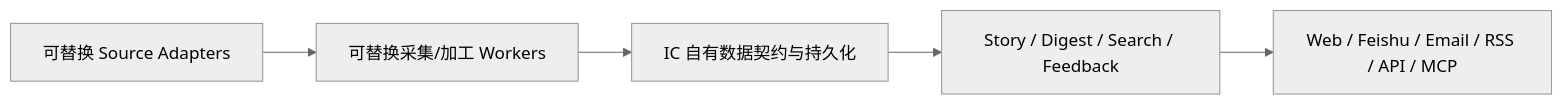
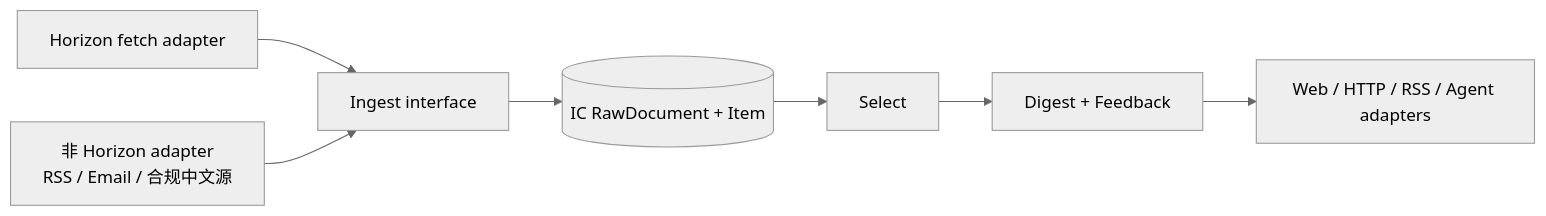
One commit to fxjzai/fxjzai-IC changed the diagram in docs/research/2026-08-19-platform-baseline.md. Above: the diagram before and after it, drawn with Mermaid (neutral theme). The commit also changed other lines of this file and 6 other files, not shown here.

````diff
--- a/docs/research/2026-08-19-platform-baseline.md
+++ b/docs/research/2026-08-19-platform-baseline.md
@@ -113,7 +114,9 @@
 ```mermaid
 flowchart LR
-    A["可替换 Source Adapters"] --> B["可替换采集/加工 Workers"]
-    B --> C["IC 自有数据契约与持久化"]
-    C --> D["Story / Digest / Search / Feedback"]
-    D --> E["Web / Feishu / Email / RSS / API / MCP"]
+    H["Horizon fetch adapter"] --> I["Ingest interface"]
+    N["非 Horizon adapter\nRSS / Email / 合规中文源"] --> I
+    I --> D[("IC RawDocument + Item")]
+    D --> S["Select"]
+    S --> G["Digest + Feedback"]
+    G --> O["Web / HTTP / RSS / Agent adapters"]
 ```
````
